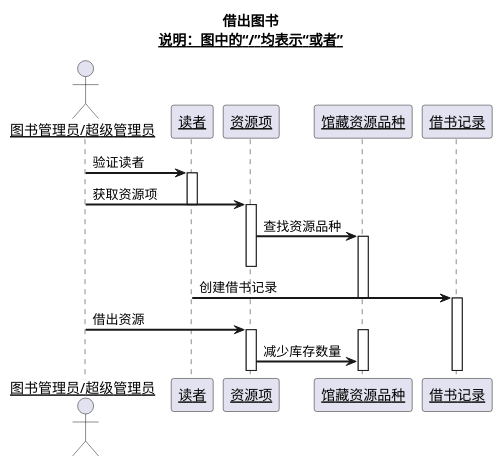
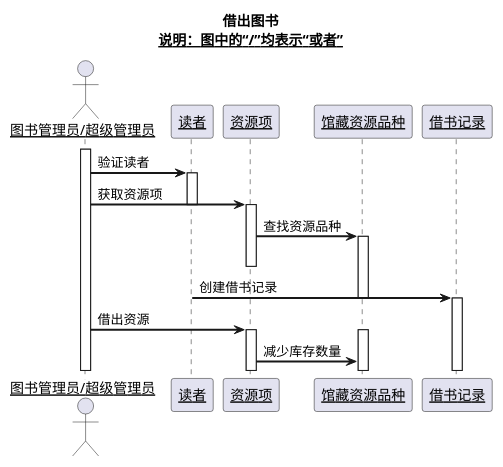
The diagram in test4/sequence3.md (Landy7/is_analysis), drawn with PlantUML before and after one commit. The commit also changed 6 other files, not shown here.

```diff
--- a/test4/sequence3.md
+++ b/test4/sequence3.md
@@ -1,30 +1,31 @@
 @startuml
 title
  借出图书
  <u>说明：图中的“/”均表示“或者”</u>
 end title
 skinparam sequenceArrowThickness 2
 skinparam maxmessagesize 60
 skinparam sequenceParticipant underline
 actor "图书管理员/超级管理员" as U
 participant "读者" as A
 participant "资源项" as B
 participant "馆藏资源品种" as C
 participant "借书记录" as D
+activate U
 U ->A:验证读者
 activate A
 U ->B:获取资源项
 deactivate A
 activate B
 B ->C:查找资源品种
 activate C
 deactivate B
 A ->D:创建借书记录
 deactivate C
 activate D
 U ->B:借出资源
 activate B
 activate C
 B ->C:减少库存数量
 
 @enduml
```
